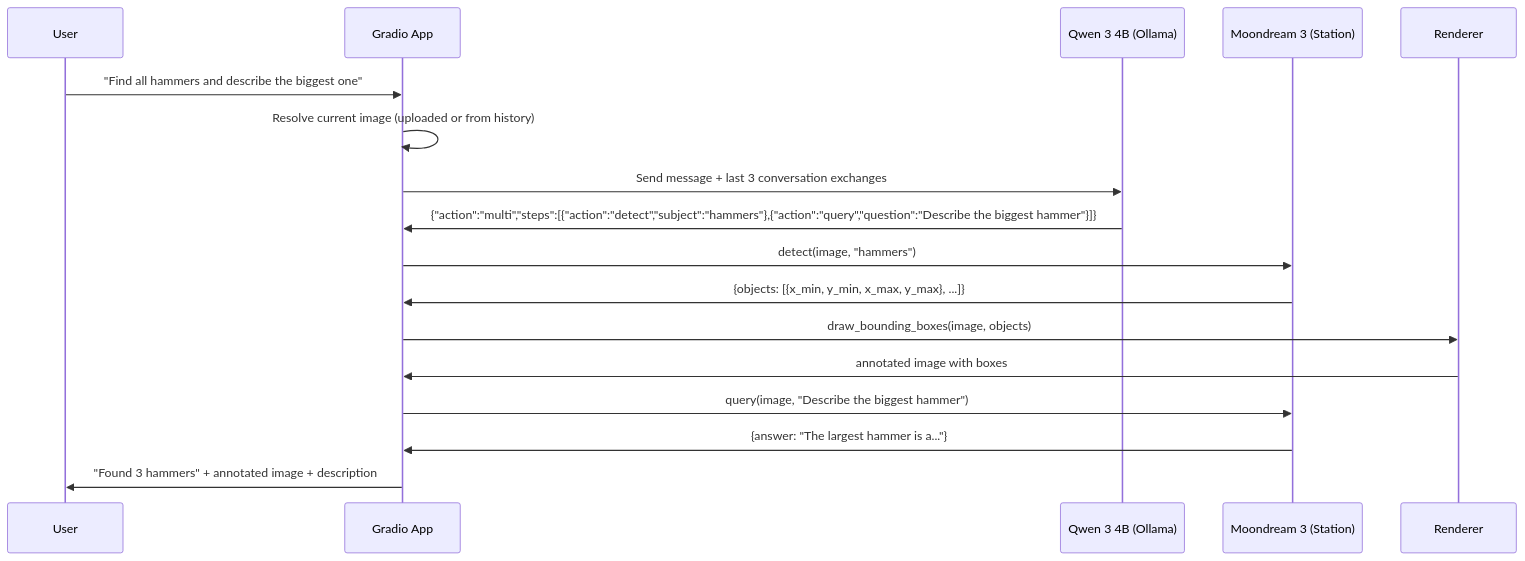
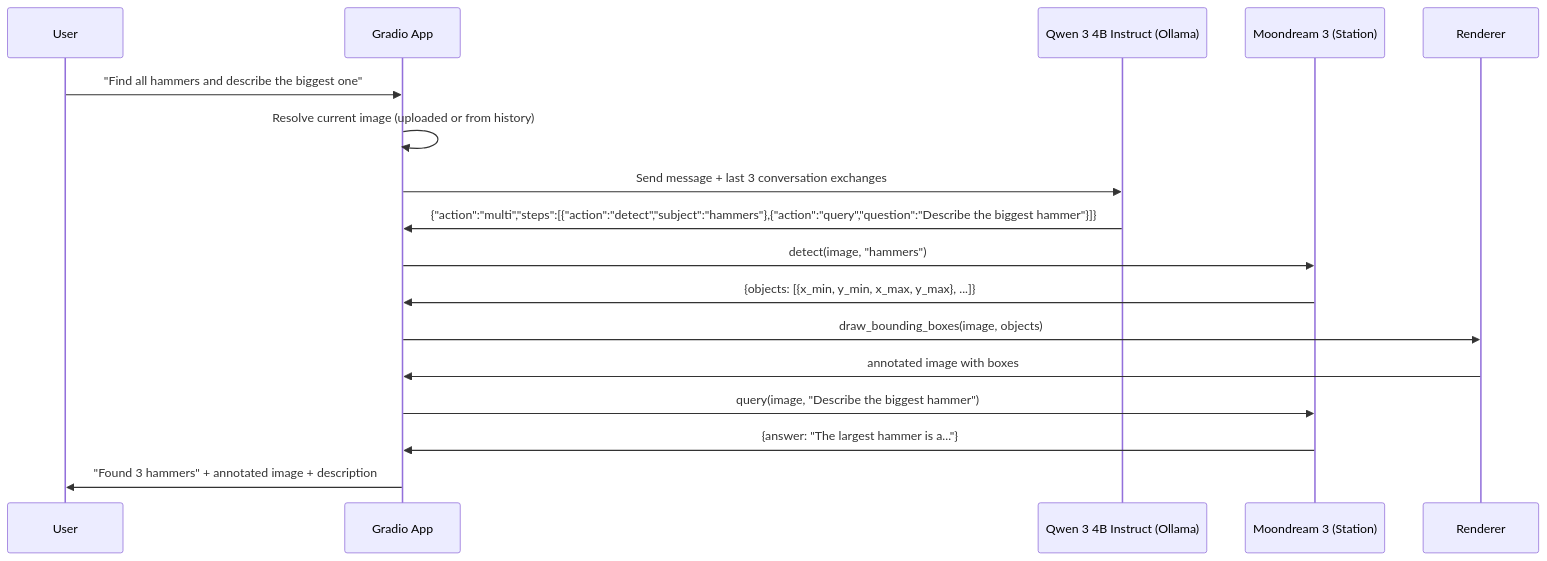
The second of 4 diagrams in README.md (dattazigzag/better_moondream_demo), drawn with Mermaid before and after one commit. The commit also changed other lines of this file and 1 other file, not shown here.

First line of the commit message:
Fix Qwen 3 thinking mode issue, document model choice and regex fallback

````diff
--- a/README.md
+++ b/README.md
@@ -40,20 +46,20 @@
 ```mermaid
 sequenceDiagram
     participant U as User
     participant G as Gradio App
-    participant O as Qwen 3 4B (Ollama)
+    participant O as Qwen 3 4B Instruct (Ollama)
     participant M as Moondream 3 (Station)
     participant R as Renderer
 
     U->>G: "Find all hammers and describe the biggest one"
     G->>G: Resolve current image (uploaded or from history)
     G->>O: Send message + last 3 conversation exchanges
     O->>G: {"action":"multi","steps":[{"action":"detect","subject":"hammers"},{"action":"query","question":"Describe the biggest hammer"}]}
     G->>M: detect(image, "hammers")
     M->>G: {objects: [{x_min, y_min, x_max, y_max}, ...]}
     G->>R: draw_bounding_boxes(image, objects)
     R->>G: annotated image with boxes
     G->>M: query(image, "Describe the biggest hammer")
     M->>G: {answer: "The largest hammer is a..."}
     G->>U: "Found 3 hammers" + annotated image + description
 ```
````
